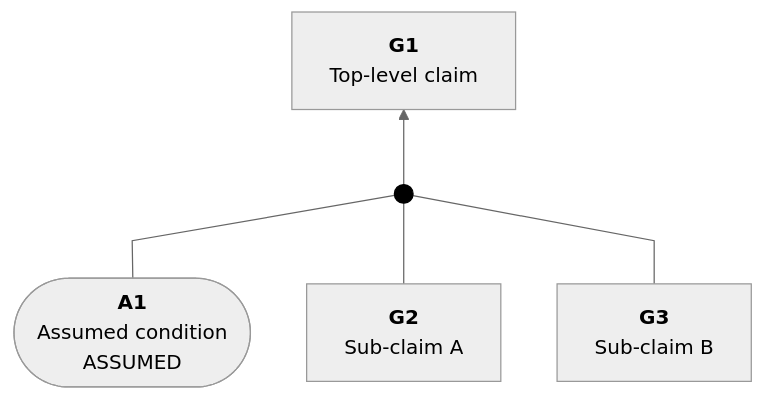
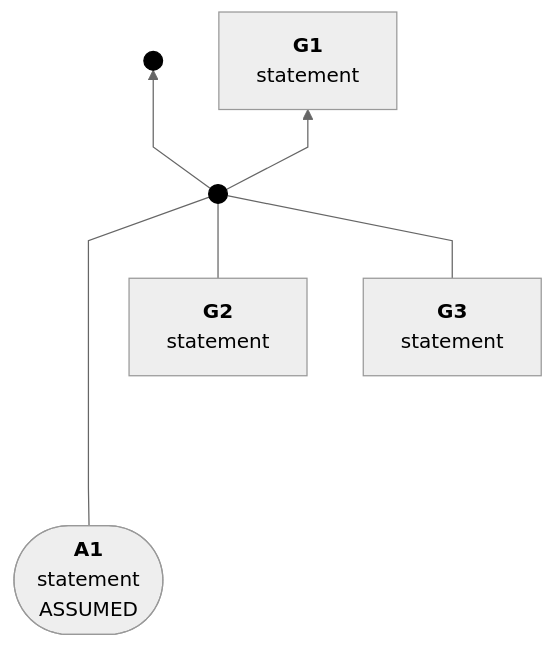
Diagram 13 of 18 in docs/sacm-mermaid.md (coreinfrastructure/best-practices-badge), drawn with Mermaid before and after one commit. The commit also changed other lines of this file, not shown here.

````diff
--- a/docs/sacm-mermaid.md
+++ b/docs/sacm-mermaid.md
@@ -1157,24 +1212,26 @@
 ```mermaid
 ---
 config:
   theme: neutral
   flowchart:
     curve: linear
     htmlLabels: true
     rankSpacing: 60
     nodeSpacing: 45
     padding: 15
 ---
 flowchart BT
     classDef sacmDot fill:#000,stroke:#000
-    G2["<b>G2</b><br>Sub-claim A"]
-    G3["<b>G3</b><br>Sub-claim B"]
-    A1(["<b>A1</b><br>Assumed condition</b><br>ASSUMED"])
+    G1["<b>G1</b><br>statement"]
+    A1(["<b>A1</b><br>statement</b><br>ASSUMED"])
+    G2["<b>G2</b><br>statement"]
+    G3["<b>G3</b><br>statement"]
     Inf1((" ")):::sacmDot
-    G1["<b>G1</b><br>Top-level claim"]
+    Inf2((" ")):::sacmDot
 
-    A1 --- Inf1
+    A1 ----- Inf1
+    Inf1 --> Inf2
     G2 --- Inf1
     G3 --- Inf1
     Inf1 --> G1
 ```
````
